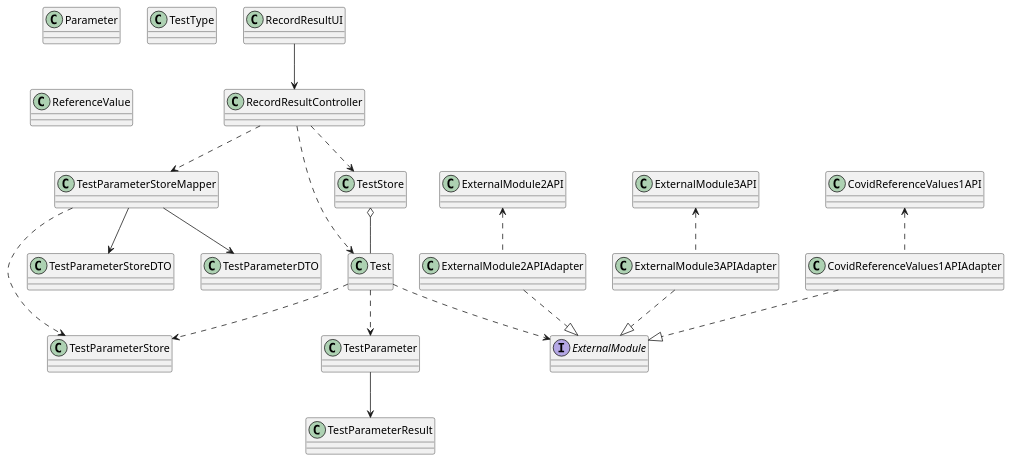
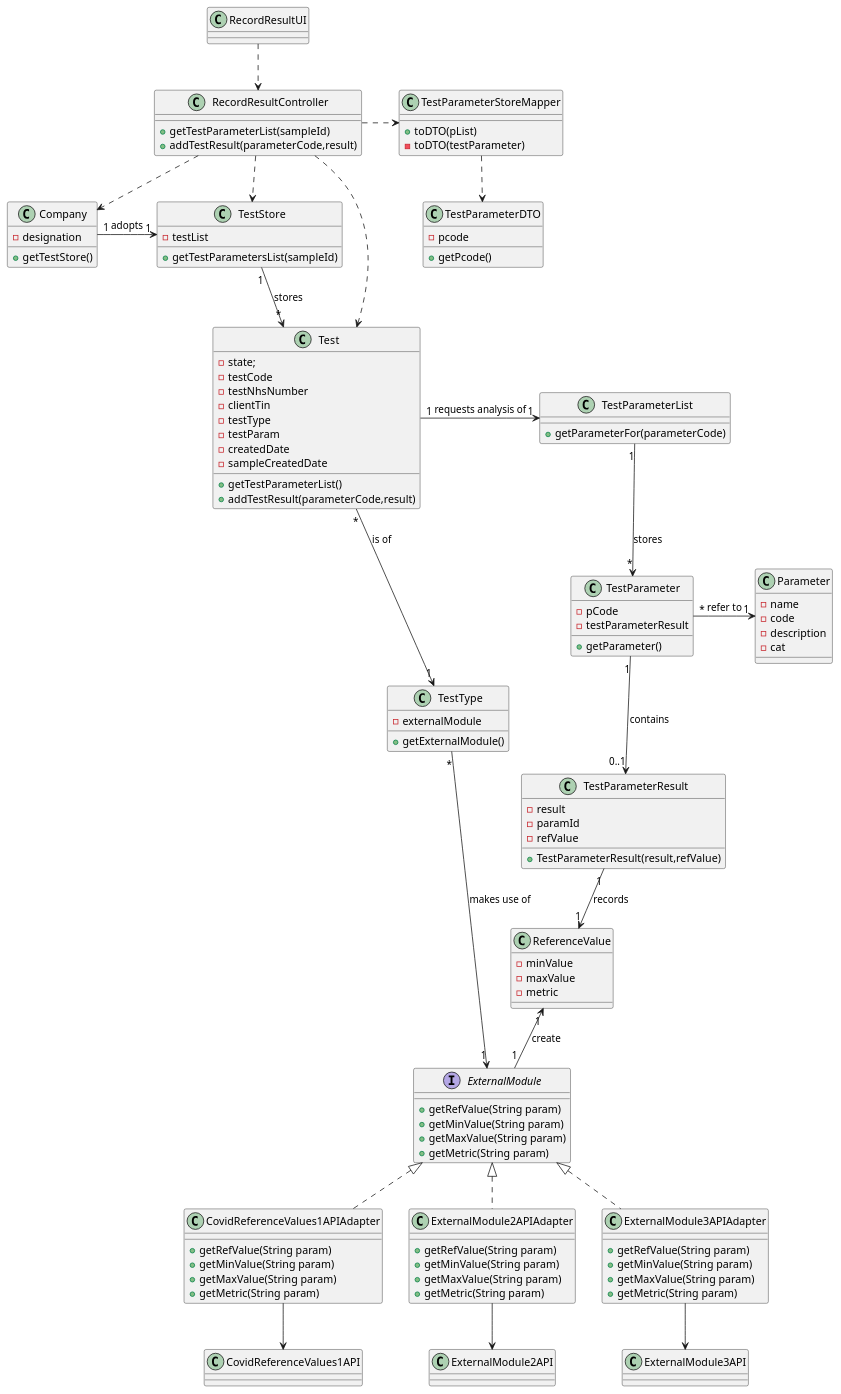
Before and after one commit to MarianaCLages/LAPR2: the diagram in docs/SprintC/US12/US12_CD.puml, drawn with PlantUML. The commit also changed 5 other files, not shown here.

Commit message:
Corrections on diagrams of US12

```diff
--- a/docs/SprintC/US12/US12_CD.puml
+++ b/docs/SprintC/US12/US12_CD.puml
@@ -1,66 +1,128 @@
 @startuml
 'https://plantuml.com/class-diagram
 
 class RecordResultUI{
 }
 class RecordResultController{
++ getTestParameterList(sampleId)
++ addTestResult(parameterCode,result)
+}
+class Company{
+-designation
++getTestStore()
 }
 class Test{
+-state;
+-testCode
+-testNhsNumber
+-clientTin
+-testType
+-testParam
+-createdDate
+-sampleCreatedDate
++getTestParameterList()
++addTestResult(parameterCode,result)
+}
+class TestParameterList{
++getParameterFor(parameterCode)
 }
 class TestStore{
+-testList
++getTestParametersList(sampleId)
 }
 class TestParameterStoreMapper{
++toDTO(pList)
+-toDTO(testParameter)
 }
-class TestParameterStore{
-}
-class TestParameterStoreDTO{
-}
+
 class TestParameterDTO{
+-pcode
++getPcode()
 }
 class TestParameter{
+- pCode
+- testParameterResult
++getParameter()
 }
 class Parameter{
+-name
+-code
+-description
+-cat
 }
 class TestType{
+-externalModule
++getExternalModule()
 }
 interface ExternalModule{
++getRefValue(String param)
++getMinValue(String param)
++getMaxValue(String param)
++getMetric(String param)
 }
 class ReferenceValue{
+-minValue
+-maxValue
+-metric
 }
 class TestParameterResult{
+-result
+-paramId
+-refValue
++TestParameterResult(result,refValue)
 }
 class CovidReferenceValues1API{
 }
 class ExternalModule2API{
 }
 class ExternalModule3API{
 }
 class CovidReferenceValues1APIAdapter{
++getRefValue(String param)
++getMinValue(String param)
++getMaxValue(String param)
++getMetric(String param)
 }
 class ExternalModule2APIAdapter{
++getRefValue(String param)
++getMinValue(String param)
++getMaxValue(String param)
++getMetric(String param)
 }
 class ExternalModule3APIAdapter{
++getRefValue(String param)
++getMinValue(String param)
++getMaxValue(String param)
++getMetric(String param)
 }
-RecordResultUI --> RecordResultController
+RecordResultUI ..> RecordResultController
+RecordResultController ..> Company
 RecordResultController ..> TestStore
 RecordResultController ..> Test
-TestStore o-- Test
-Test ..> TestParameterStore
-Test ..> TestParameter
-Test ..> ExternalModule
-TestParameter --> TestParameterResult
+RecordResultController .> TestParameterStoreMapper
+TestParameterStoreMapper ..> TestParameterDTO
 
-CovidReferenceValues1API <.. CovidReferenceValues1APIAdapter
-ExternalModule2API <.. ExternalModule2APIAdapter
-ExternalModule3API <.. ExternalModule3APIAdapter
+Company "1" -> "1" TestStore: adopts
 
-CovidReferenceValues1APIAdapter ..|> ExternalModule
-ExternalModule2APIAdapter ..|> ExternalModule
-ExternalModule3APIAdapter ..|> ExternalModule
+Test "1"  -> "1" TestParameterList: requests analysis of
+TestParameterList "1" --> "*" TestParameter: stores
+TestParameter "*" -> "1" Parameter: refer to
+TestParameter "1" --> "0..1" TestParameterResult:contains
+TestParameterResult "1" --> "1" ReferenceValue: records
+ReferenceValue "1" <-- "1"ExternalModule: create
+Test "*" --> "1"TestType: is of
+TestStore "1" --> "*" Test: stores
+TestType "*" --> "1" ExternalModule: makes use of
 
-RecordResultController ..> TestParameterStoreMapper
-TestParameterStoreMapper --> TestParameterStoreDTO
-TestParameterStoreMapper ..> TestParameterStore
-TestParameterStoreMapper  --> TestParameterDTO
+CovidReferenceValues1APIAdapter --> CovidReferenceValues1API
+ExternalModule2APIAdapter --> ExternalModule2API
+ExternalModule3APIAdapter  --> ExternalModule3API
+
+ExternalModule <|.. CovidReferenceValues1APIAdapter
+ExternalModule <|.. ExternalModule2APIAdapter
+ExternalModule <|.. ExternalModule3APIAdapter
+
+
+
 
 @enduml
```
